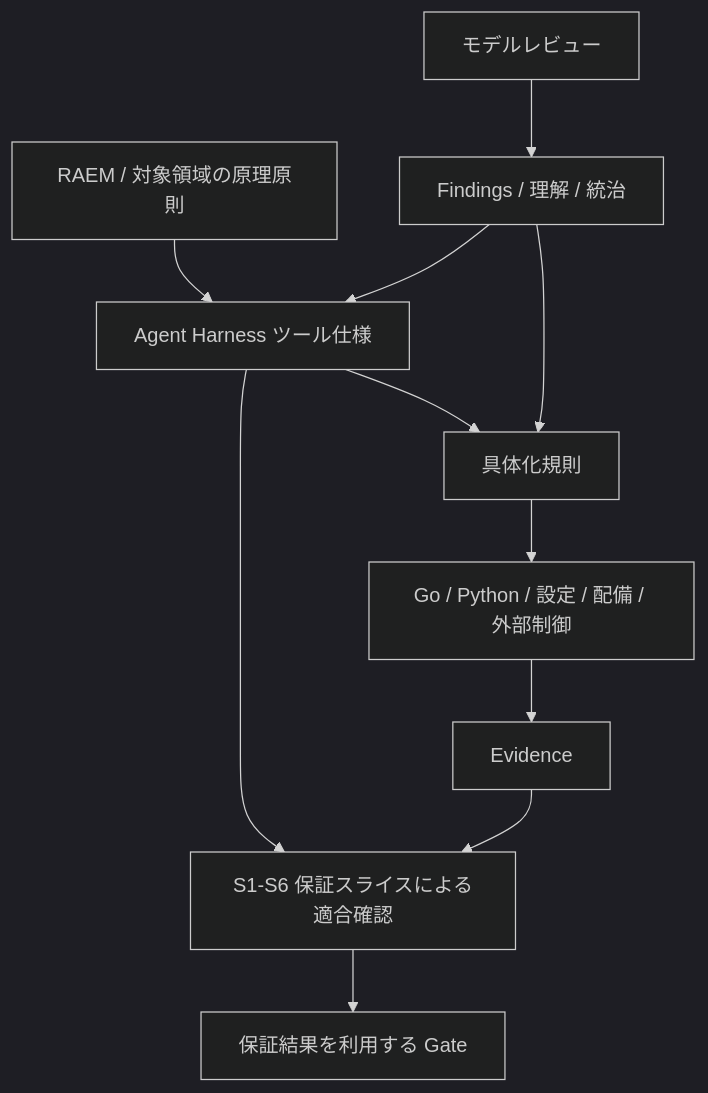
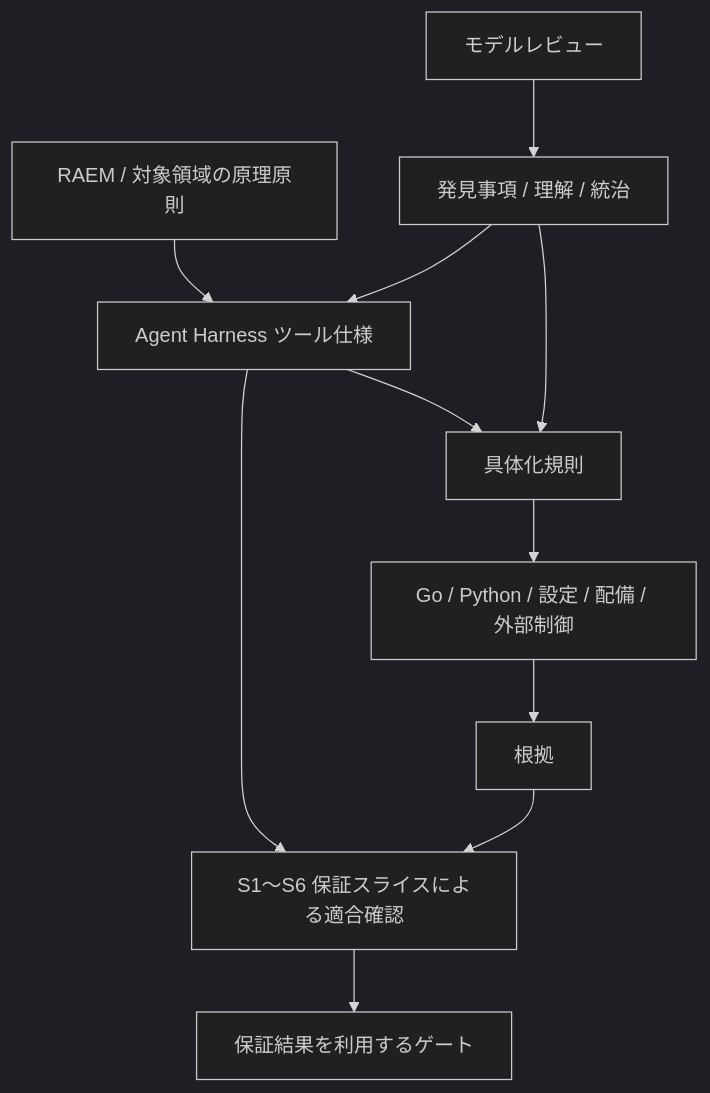
The second of 2 diagrams in docs/spec/agent-harness-spec.ja.md (tomo-chan/agent-harness), drawn with Mermaid (dark theme) before and after one commit. The commit also changed other lines of this file and 1 other file, not shown here.

````diff
--- a/docs/spec/agent-harness-spec.ja.md
+++ b/docs/spec/agent-harness-spec.ja.md
@@ -236,13 +236,13 @@
 ```mermaid
 flowchart TB
     A[RAEM / 対象領域の原理原則] --> S[Agent Harness ツール仕様]
     S --> T[具体化規則]
     T --> C[Go / Python / 設定 / 配備 / 外部制御]
-    C --> E[Evidence]
-    S --> Q[S1-S6 保証スライスによる適合確認]
+    C --> E[根拠]
+    S --> Q[S1〜S6 保証スライスによる適合確認]
     E --> Q
-    Q --> G[保証結果を利用する Gate]
-    M[モデルレビュー] --> F[Findings / 理解 / 統治]
+    Q --> G[保証結果を利用するゲート]
+    M[モデルレビュー] --> F[発見事項 / 理解 / 統治]
     F --> S
     F --> T
 ```
````
